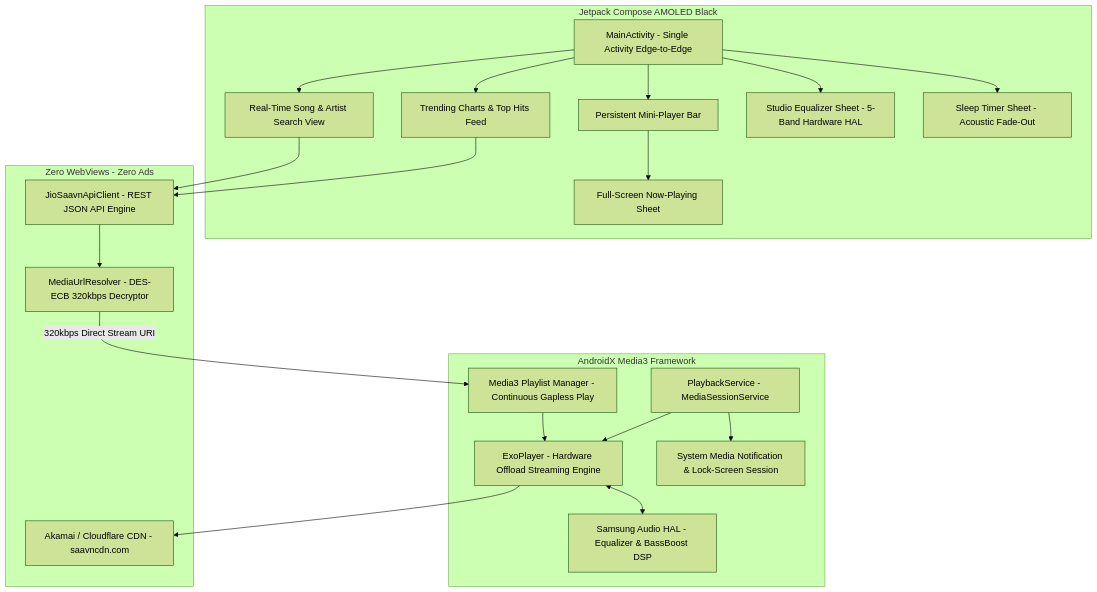
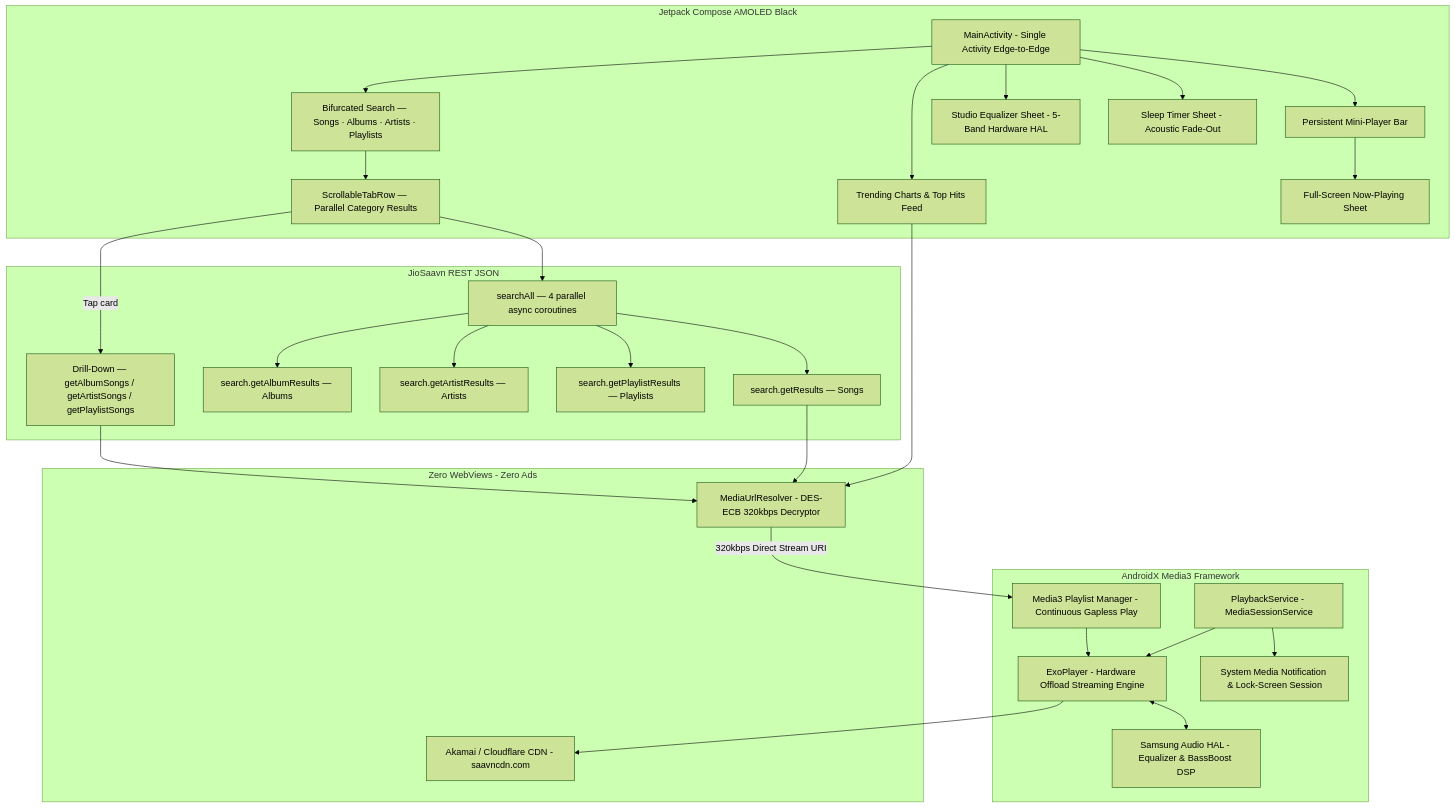
The first of 2 diagrams in README.md (shibinantony/AI_Open_Music_POC), drawn with Mermaid (forest theme) before and after one commit. The commit also changed other lines of this file and 4 other files, not shown here.

````diff
--- a/README.md
+++ b/README.md
@@ -46,43 +51,59 @@
 ```mermaid
 graph TB
     subgraph Native Presentation Layer [Jetpack Compose AMOLED Black]
         MAIN[MainActivity - Single Activity Edge-to-Edge]
-        SEARCH[Real-Time Song & Artist Search View]
+        SEARCH[Bifurcated Search — Songs · Albums · Artists · Playlists]
+        TABS[ScrollableTabRow — Parallel Category Results]
         TRENDING[Trending Charts & Top Hits Feed]
         MINI[Persistent Mini-Player Bar]
         NOW_PLAYING[Full-Screen Now-Playing Sheet]
         EQ_SHEET[Studio Equalizer Sheet - 5-Band Hardware HAL]
         TIMER_SHEET[Sleep Timer Sheet - Acoustic Fade-Out]
+    end
+
+    subgraph Search & API Layer [JioSaavn REST JSON]
+        SEARCH_ALL[searchAll — 4 parallel async coroutines]
+        SONGS_EP[search.getResults — Songs]
+        ALBUMS_EP[search.getAlbumResults — Albums]
+        ARTISTS_EP[search.getArtistResults — Artists]
+        PLAYLISTS_EP[search.getPlaylistResults — Playlists]
+        DRILL[Drill-Down — getAlbumSongs / getArtistSongs / getPlaylistSongs]
     end
 
     subgraph Audio Engine & Service Layer [AndroidX Media3 Framework]
         SVC[PlaybackService - MediaSessionService]
         EXO[ExoPlayer - Hardware Offload Streaming Engine]
         QUEUE[Media3 Playlist Manager - Continuous Gapless Play]
         HAL_EQ[Samsung Audio HAL - Equalizer & BassBoost DSP]
         NOTIF[System Media Notification & Lock-Screen Session]
     end
 
     subgraph Direct Protocol & CDN Layer [Zero WebViews - Zero Ads]
-        API[JioSaavnApiClient - REST JSON API Engine]
         DES[MediaUrlResolver - DES-ECB 320kbps Decryptor]
         CDN[Akamai / Cloudflare CDN - saavncdn.com]
     end
 
     MAIN --> SEARCH
+    SEARCH --> TABS
+    TABS --> SEARCH_ALL
+    SEARCH_ALL --> SONGS_EP
+    SEARCH_ALL --> ALBUMS_EP
+    SEARCH_ALL --> ARTISTS_EP
+    SEARCH_ALL --> PLAYLISTS_EP
+    TABS -->|Tap card| DRILL
     MAIN --> TRENDING
     MAIN --> MINI
     MINI --> NOW_PLAYING
     MAIN --> EQ_SHEET
     MAIN --> TIMER_SHEET
 
-    SEARCH --> API
-    TRENDING --> API
-    API --> DES
+    DRILL --> DES
+    SONGS_EP --> DES
+    TRENDING --> DES
     DES -->|320kbps Direct Stream URI| QUEUE
     QUEUE --> EXO
     EXO --> CDN
     EXO <--> HAL_EQ
     SVC --> EXO
     SVC --> NOTIF
 ```
````
